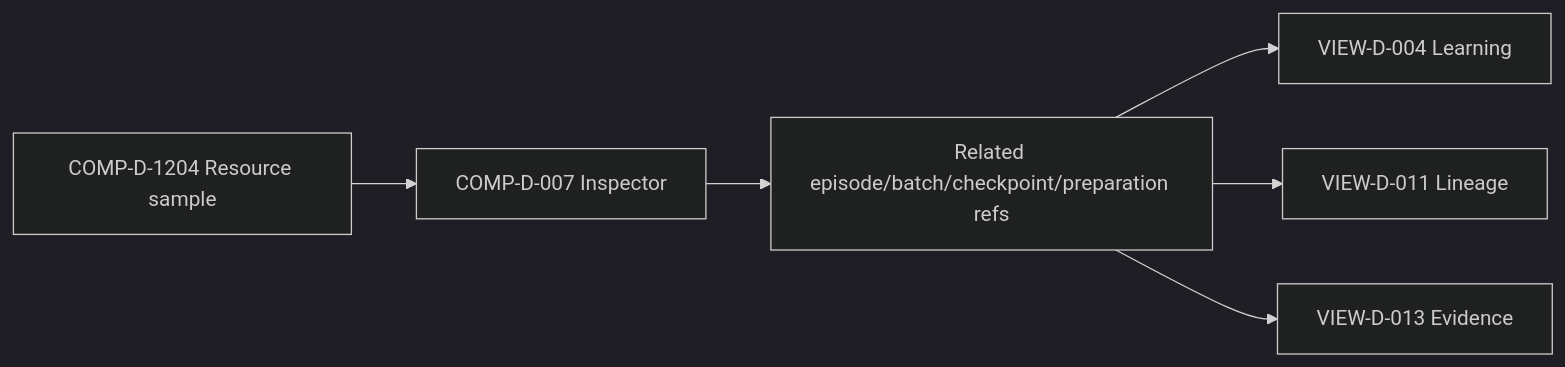
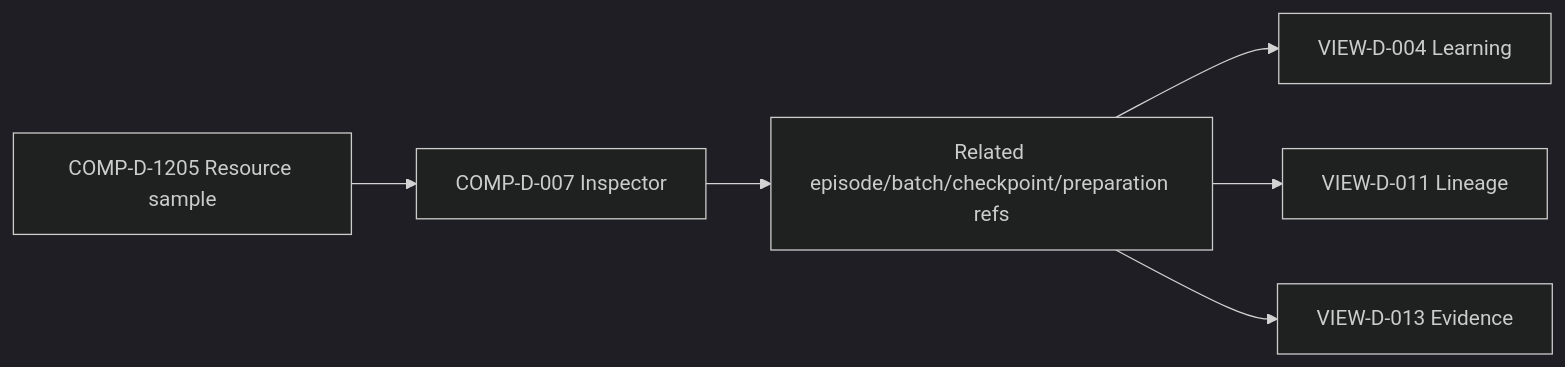
Diagram 12 of 18 in docs/architecture/mission-control-design/FLOWS.md (Entif-AI/Bilqis), drawn with Mermaid (dark theme) before and after one commit. The commit also changed other lines of this file and 7 other files, not shown here.

Commit message:
docs(mission-control): make atlas target-state flowcharts

````diff
--- a/docs/architecture/mission-control-design/FLOWS.md
+++ b/docs/architecture/mission-control-design/FLOWS.md
@@ -171,8 +171,8 @@
 ```mermaid
 flowchart LR
-  A[COMP-D-1204 Resource sample] --> B[COMP-D-007 Inspector]
+  A[COMP-D-1205 Resource sample] --> B[COMP-D-007 Inspector]
   B --> C[Related episode/batch/checkpoint/preparation refs]
   C --> D[VIEW-D-004 Learning]
   C --> E[VIEW-D-011 Lineage]
   C --> F[VIEW-D-013 Evidence]
 ```
````
